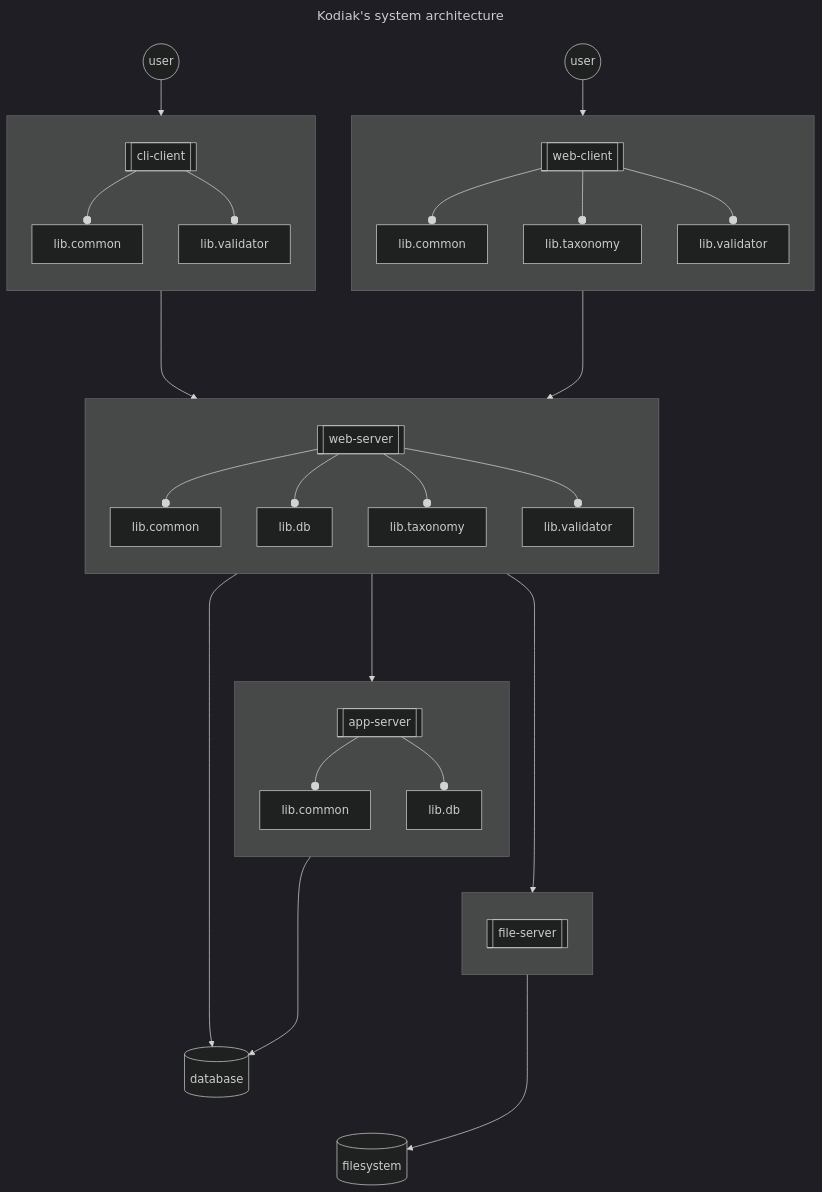
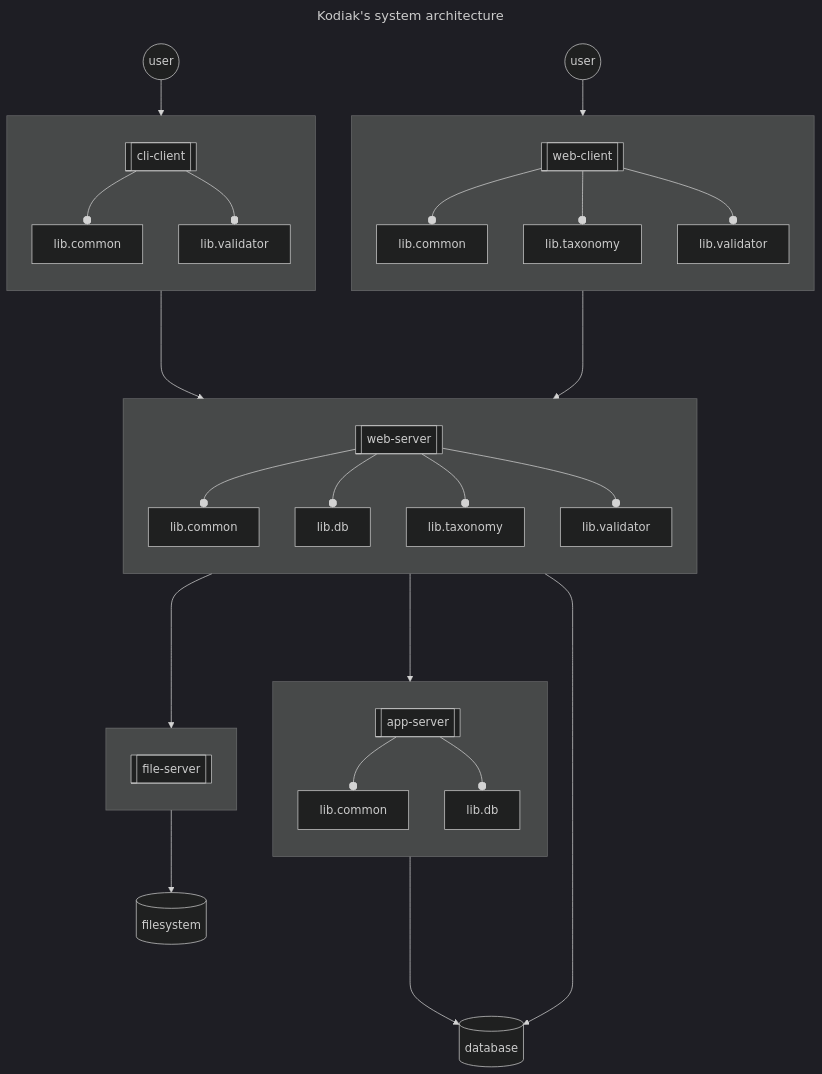
The diagram in SYSTEM-ARCHITECTURE.md (polarlabs/kodiak-diagrams), drawn with Mermaid (dark theme) before and after one commit.

Commit message:
fix: rearrange boxes.

````diff
--- a/SYSTEM-ARCHITECTURE.md
+++ b/SYSTEM-ARCHITECTURE.md
@@ -5,44 +5,42 @@
 ```mermaid
 ---
 title: Kodiak's system architecture
 ---
 flowchart TB
   subgraph user-web[ ]
     direction TB  
     web-client[[web-client]] --o web-client.lib.common[lib.common]
     web-client --o web-client.lib.taxonomy[lib.taxonomy]
     web-client --o web-client.lib.validator[lib.validator]
   end
   subgraph user-cli[ ]
     direction TB
     cli-client[[cli-client]] --o cli-client.lib.common[lib.common]
     cli-client --o cli-client.lib.validator[lib.validator]
   end
   subgraph file-server[ ]
     direction TB
     file-server.api[[file-server]]
   end
   subgraph web-server[ ]
     direction TB
     web-server.api[[web-server]] --o web-server.lib.common[lib.common]
     web-server.api[[web-server]] --o web-server.lib.db[lib.db]
     web-server.api[[web-server]] --o web-server.lib.taxonomy[lib.taxonomy]
     web-server.api[[web-server]] --o web-server.lib.validator[lib.validator]
   end
   subgraph app-server[ ]
     direction TB
     app-server.api[[app-server]] --o app-server.lib.common[lib.common]
     app-server.api[[app-server]] --o app-server.lib.db[lib.db]
   end
   web-user((user)) --> web-client
   web-client ----> web-server.api
   cli-user((user)) --> cli-client
   cli-client ----> web-server.api
   web-server.api ----> app-server.api
   web-server.api ----> file-server.api
-  app-server ~~~ file-server
   file-server --> filesystem[(filesystem)]
   web-server --> database[(database)]
   app-server ----> database[(database)]
-  database ~~~ filesystem
 ```
````
